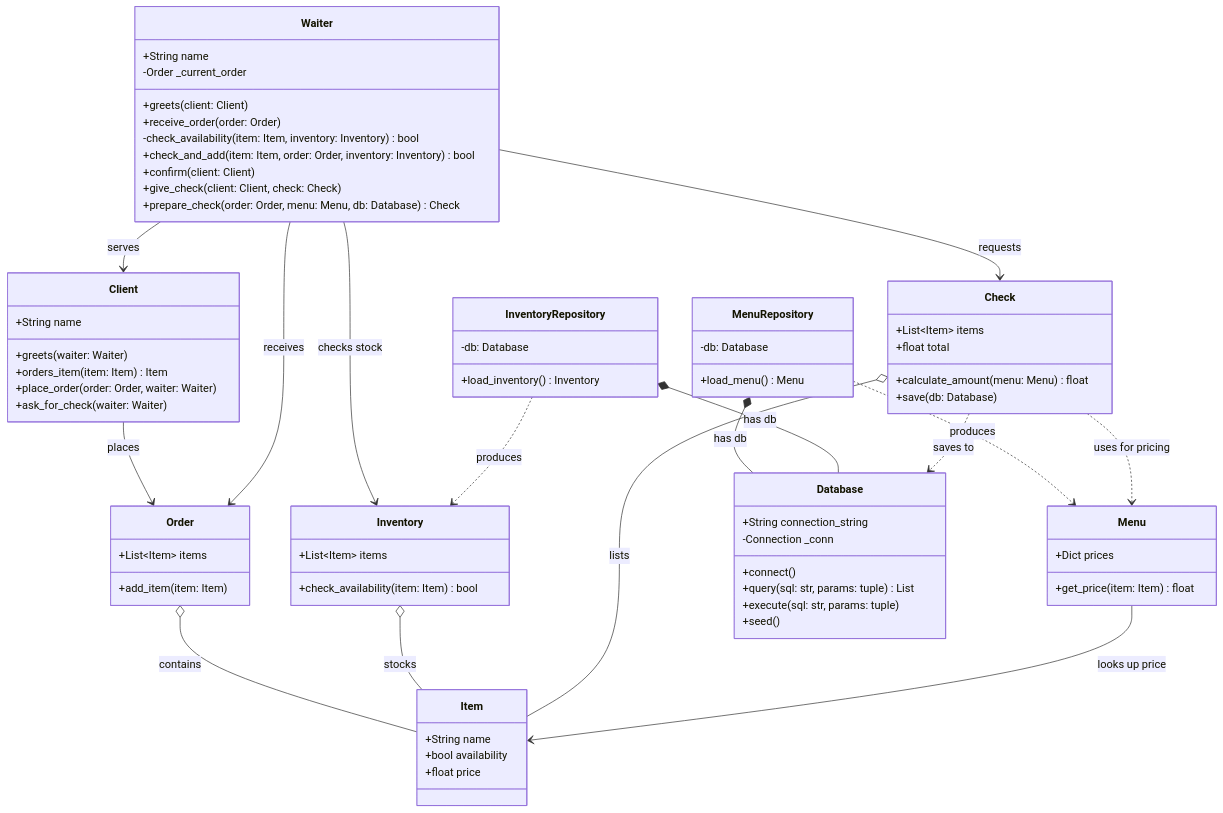
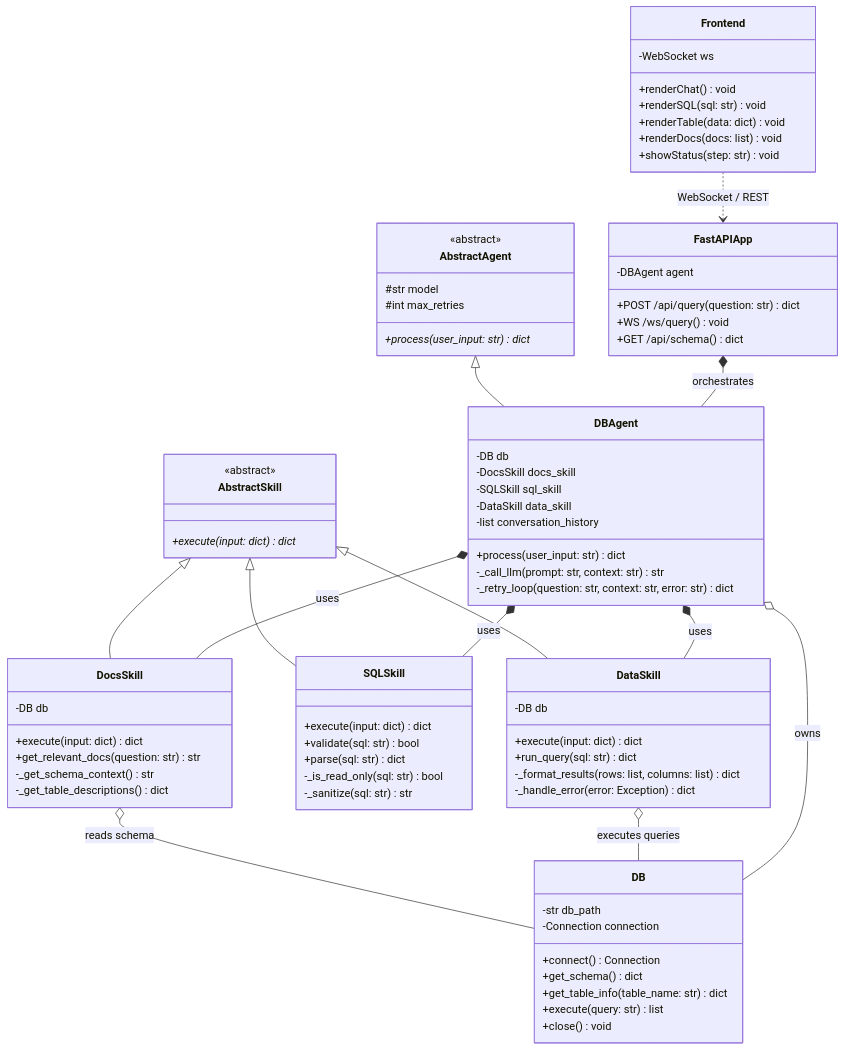
Before and after one commit to pawelofficial/dbagent: the diagram in docs/diagrams/class.mmd, drawn with Mermaid. The commit also changed 16 other files, not shown here.

```diff
--- a/docs/diagrams/class.mmd
+++ b/docs/diagrams/class.mmd
@@ -1,90 +1,91 @@
 classDiagram
-    class Waiter {
-        +String name
-        -Order _current_order
-        +greets(client: Client)
-        +receive_order(order: Order)
-        -check_availability(item: Item, inventory: Inventory) bool
-        +check_and_add(item: Item, order: Order, inventory: Inventory) bool
-        +confirm(client: Client)
-        +give_check(client: Client, check: Check)
-        +prepare_check(order: Order, menu: Menu, db: Database) Check
+    direction TB
+
+    class DB {
+        -str db_path
+        -Connection connection
+        +connect() Connection
+        +get_schema() dict
+        +get_table_info(table_name: str) dict
+        +execute(query: str) list
+        +close() void
     }
 
-    class Client {
-        +String name
-        +greets(waiter: Waiter)
-        +orders_item(item: Item) Item
-        +place_order(order: Order, waiter: Waiter)
-        +ask_for_check(waiter: Waiter)
+    class AbstractAgent {
+        <<abstract>>
+        #str model
+        #int max_retries
+        +process(user_input: str)* dict
     }
 
-    class Order {
-        +List~Item~ items
-        +add_item(item: Item)
+    class DBAgent {
+        -DB db
+        -DocsSkill docs_skill
+        -SQLSkill sql_skill
+        -DataSkill data_skill
+        -list conversation_history
+        +process(user_input: str) dict
+        -_call_llm(prompt: str, context: str) str
+        -_retry_loop(question: str, context: str, error: str) dict
     }
 
-    class Check {
-        +List~Item~ items
-        +float total
-        +calculate_amount(menu: Menu) float
-        +save(db: Database)
+    class AbstractSkill {
+        <<abstract>>
+        +execute(input: dict)* dict
     }
 
-    class Item {
-        +String name
-        +bool availability
-        +float price
+    class DocsSkill {
+        -DB db
+        +execute(input: dict) dict
+        +get_relevant_docs(question: str) str
+        -_get_schema_context() str
+        -_get_table_descriptions() dict
     }
 
-    class Inventory {
-        +List~Item~ items
-        +check_availability(item: Item) bool
+    class SQLSkill {
+        +execute(input: dict) dict
+        +validate(sql: str) bool
+        +parse(sql: str) dict
+        -_is_read_only(sql: str) bool
+        -_sanitize(sql: str) str
     }
 
-    class Menu {
-        +Dict prices
-        +get_price(item: Item) float
+    class DataSkill {
+        -DB db
+        +execute(input: dict) dict
+        +run_query(sql: str) dict
+        -_format_results(rows: list, columns: list) dict
+        -_handle_error(error: Exception) dict
     }
 
-    class Database {
-        +String connection_string
-        -Connection _conn
-        +connect()
-        +query(sql: str, params: tuple) List
-        +execute(sql: str, params: tuple)
-        +seed()
+    class FastAPIApp {
+        -DBAgent agent
+        +POST /api/query(question: str) dict
+        +WS /ws/query() void
+        +GET /api/schema() dict
     }
 
-    class MenuRepository {
-        -db: Database
-        +load_menu() Menu
+    class Frontend {
+        -WebSocket ws
+        +renderChat() void
+        +renderSQL(sql: str) void
+        +renderTable(data: dict) void
+        +renderDocs(docs: list) void
+        +showStatus(step: str) void
     }
 
-    class InventoryRepository {
-        -db: Database
-        +load_inventory() Inventory
-    }
+    AbstractAgent <|-- DBAgent
+    AbstractSkill <|-- DocsSkill
+    AbstractSkill <|-- SQLSkill
+    AbstractSkill <|-- DataSkill
 
-    %% Aggregation - holds a collection as a field
-    Order o-- Item : contains
-    Inventory o-- Item : stocks
-    Check o-- Item : lists
+    DBAgent *-- DocsSkill : uses
+    DBAgent *-- SQLSkill : uses
+    DBAgent *-- DataSkill : uses
 
-    %% Association - uses in method params, doesn't hold
-    Waiter --> Client : serves
-    Client --> Order : places
-    Waiter --> Order : receives
-    Waiter --> Inventory : checks stock
-    Waiter --> Check : requests
-    Menu --> Item : looks up price
+    DocsSkill o-- DB : reads schema
+    DataSkill o-- DB : executes queries
+    DBAgent o-- DB : owns
 
-    %% Composition - owns as a field, tightly coupled
-    MenuRepository *-- Database : has db
-    InventoryRepository *-- Database : has db
-
-    %% Dependencies - only used as return types in methods
-    MenuRepository ..> Menu : produces
-    InventoryRepository ..> Inventory : produces
-    Check ..> Menu : uses for pricing
-    Check ..> Database : saves to
+    FastAPIApp *-- DBAgent : orchestrates
+    Frontend ..> FastAPIApp : WebSocket / REST
```
